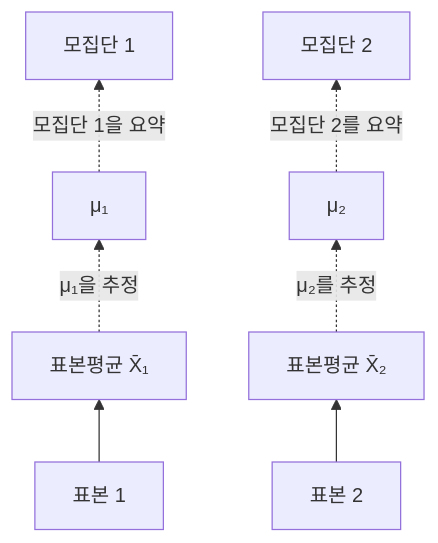
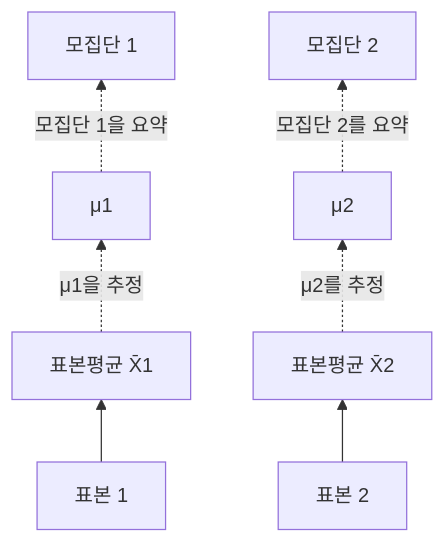
Before and after one commit to Choroning/25Fall_Probability-and-Statistics: the third of 3 diagrams in Lecture-Notes/Lec08_Nonparametric-Approaches/Concepts_Lecture.ko.md, drawn with Mermaid. The commit also changed other lines of this file and 15 other files, not shown here.

````diff
--- a/Lecture-Notes/Lec08_Nonparametric-Approaches/Concepts_Lecture.ko.md
+++ b/Lecture-Notes/Lec08_Nonparametric-Approaches/Concepts_Lecture.ko.md
@@ -177,9 +177,9 @@
 ```mermaid
 graph BT
-    S1["표본 1"] --> X1["표본평균 X̄₁"]
-    S2["표본 2"] --> X2["표본평균 X̄₂"]
-    X1 -.->|"μ₁을 추정"| M1["μ₁"]
-    X2 -.->|"μ₂를 추정"| M2["μ₂"]
+    S1["표본 1"] --> X1["표본평균 X̄1"]
+    S2["표본 2"] --> X2["표본평균 X̄2"]
+    X1 -.->|"μ1을 추정"| M1["μ1"]
+    X2 -.->|"μ2를 추정"| M2["μ2"]
     M1 -.->|"모집단 1을 요약"| P1["모집단 1"]
     M2 -.->|"모집단 2를 요약"| P2["모집단 2"]
 ```
````
